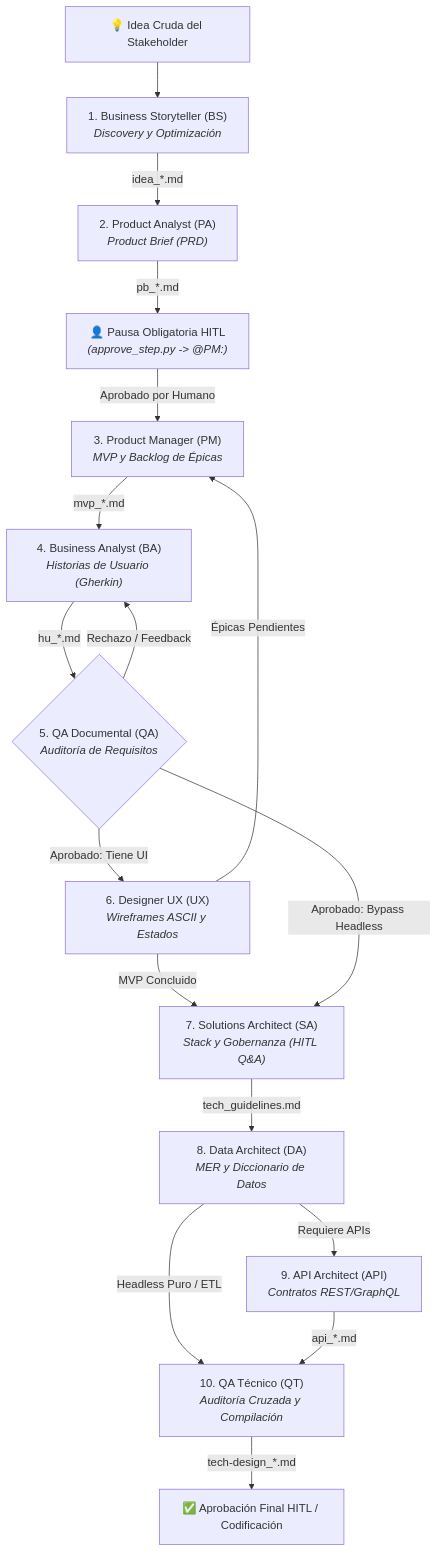
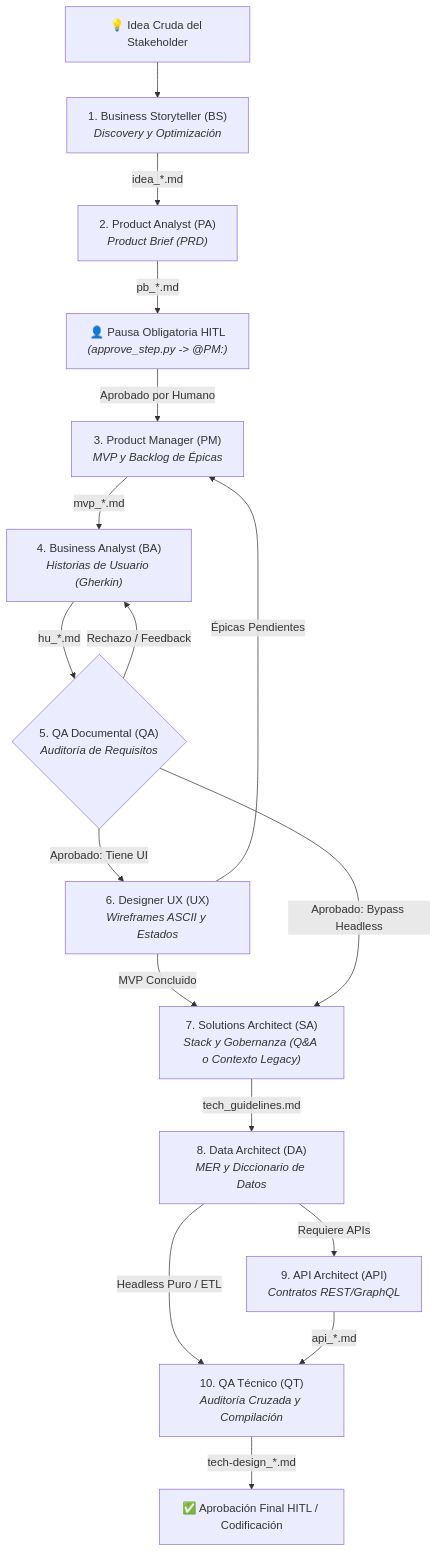
The diagram in README.md (pauloravicaceres/template-bmad), drawn with Mermaid before and after one commit. The commit also changed other lines of this file and 68 other files, not shown here.

````diff
--- a/README.md
+++ b/README.md
@@ -105,19 +110,19 @@
 ```mermaid
 flowchart TD
     Idea["💡 Idea Cruda del Stakeholder"] --> BS["1. Business Storyteller (BS)<br><i>Discovery y Optimización</i>"]
     BS -->|idea_*.md| PA["2. Product Analyst (PA)<br><i>Product Brief (PRD)</i>"]
     PA -->|pb_*.md| HITL["👤 Pausa Obligatoria HITL<br><i>(approve_step.py -> @PM:)</i>"]
     HITL -->|Aprobado por Humano| PM["3. Product Manager (PM)<br><i>MVP y Backlog de Épicas</i>"]
     PM -->|mvp_*.md| BA["4. Business Analyst (BA)<br><i>Historias de Usuario (Gherkin)</i>"]
     BA -->|hu_*.md| QA{"5. QA Documental (QA)<br><i>Auditoría de Requisitos</i>"}
     QA -->|Rechazo / Feedback| BA
     QA -->|Aprobado: Tiene UI| UX["6. Designer UX (UX)<br><i>Wireframes ASCII y Estados</i>"]
     UX -->|Épicas Pendientes| PM
-    UX -->|MVP Concluido| SA["7. Solutions Architect (SA)<br><i>Stack y Gobernanza (HITL Q&A)</i>"]
+    UX -->|MVP Concluido| SA["7. Solutions Architect (SA)<br><i>Stack y Gobernanza (Q&A o Contexto Legacy)</i>"]
     QA -->|Aprobado: Bypass Headless| SA
     SA -->|tech_guidelines.md| DA["8. Data Architect (DA)<br><i>MER y Diccionario de Datos</i>"]
     DA -->|Requiere APIs| API["9. API Architect (API)<br><i>Contratos REST/GraphQL</i>"]
     DA -->|Headless Puro / ETL| QT["10. QA Técnico (QT)<br><i>Auditoría Cruzada y Compilación</i>"]
     API -->|api_*.md| QT
     QT -->|tech-design_*.md| Fin["✅ Aprobación Final HITL / Codificación"]
 ```
````
